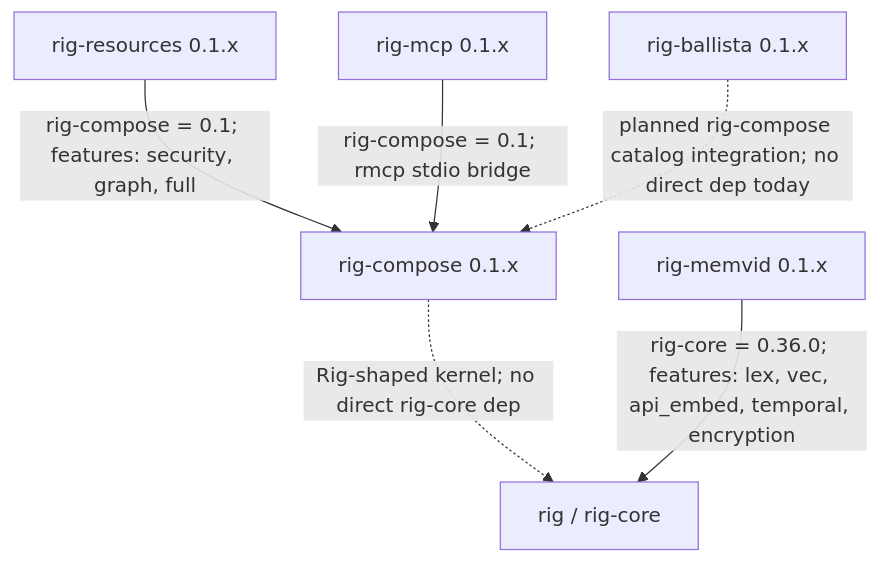
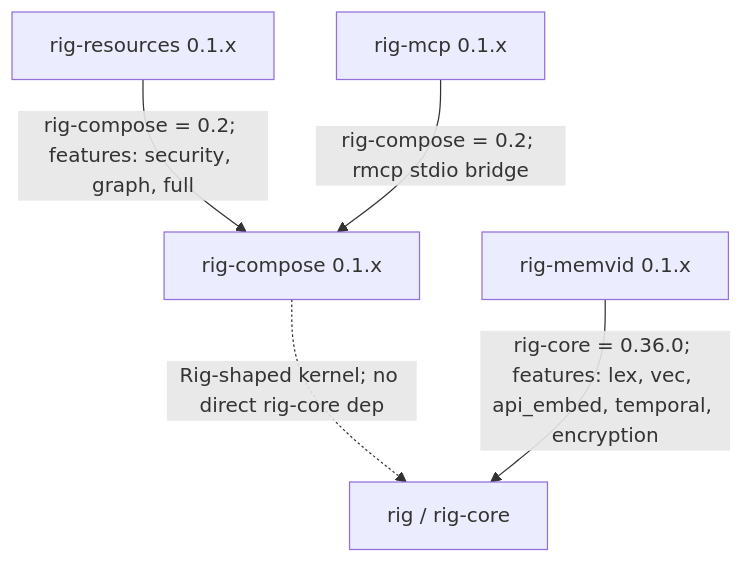
The diagram in README.md (ForeverAngry/rig-compose), drawn with Mermaid before and after one commit. The commit also changed other lines of this file and 3 other files, not shown here.

````diff
--- a/README.md
+++ b/README.md
@@ -132,15 +132,13 @@
 ```mermaid
 flowchart TD
     rig["rig / rig-core"]
     compose["rig-compose 0.1.x"]
     resources["rig-resources 0.1.x"]
     mcp["rig-mcp 0.1.x"]
     memvid["rig-memvid 0.1.x"]
-    ballista["rig-ballista 0.1.x"]
 
     compose -. "Rig-shaped kernel; no direct rig-core dep" .-> rig
-    resources -- "rig-compose = 0.1; features: security, graph, full" --> compose
-    mcp -- "rig-compose = 0.1; rmcp stdio bridge" --> compose
+    resources -- "rig-compose = 0.2; features: security, graph, full" --> compose
+    mcp -- "rig-compose = 0.2; rmcp stdio bridge" --> compose
     memvid -- "rig-core = 0.36.0; features: lex, vec, api_embed, temporal, encryption" --> rig
-    ballista -. "planned rig-compose catalog integration; no direct dep today" .-> compose
 ```
````
